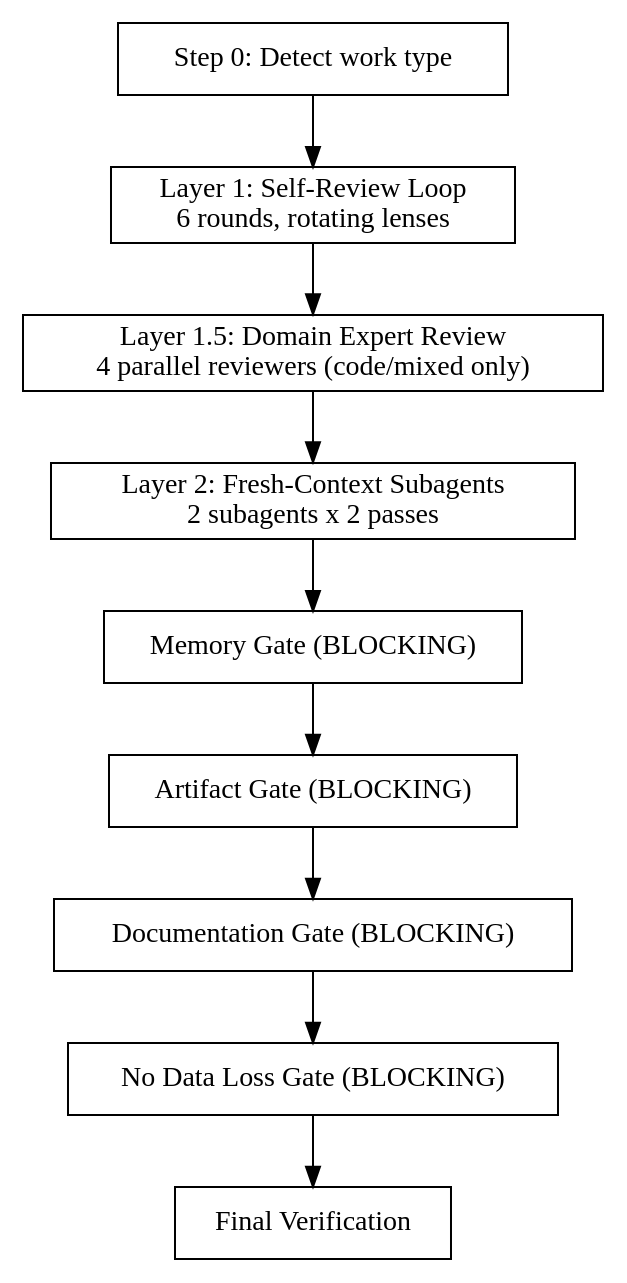
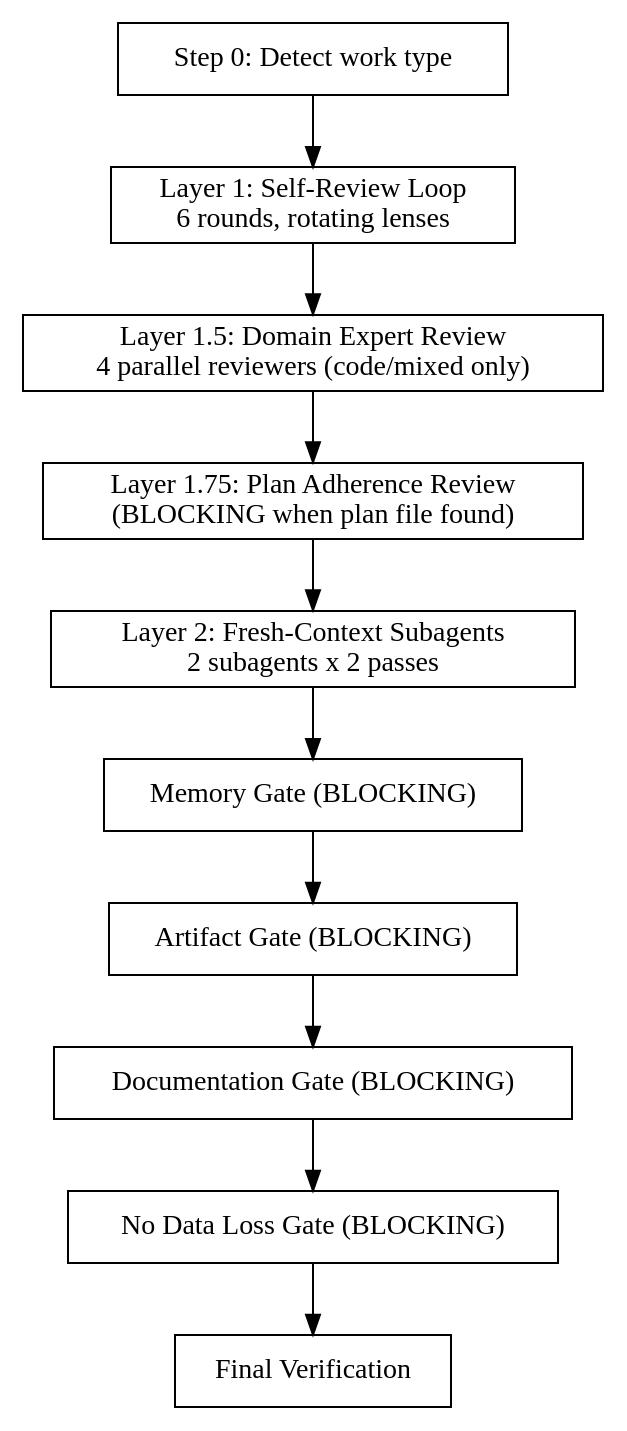
Before and after one commit to wgordon17/personal-claude-marketplace: the diagram in code-quality/skills/quality-gate/SKILL.md, drawn with Graphviz. The commit also changed other lines of this file and 20 other files, not shown here.

First line of the commit message:
feat(code-quality): adds plan-adherence and memory detection (#89)

````diff
--- a/code-quality/skills/quality-gate/SKILL.md
+++ b/code-quality/skills/quality-gate/SKILL.md
@@ -33,16 +33,17 @@
 ```dot
 digraph quality_gate {
   rankdir=TB;
   node [shape=box];
   detect [label="Step 0: Detect work type"];
   layer1 [label="Layer 1: Self-Review Loop\n6 rounds, rotating lenses"];
   layer1_5 [label="Layer 1.5: Domain Expert Review\n4 parallel reviewers (code/mixed only)"];
+  layer1_75 [label="Layer 1.75: Plan Adherence Review\n(BLOCKING when plan file found)"];
   layer2 [label="Layer 2: Fresh-Context Subagents\n2 subagents x 2 passes"];
   memory [label="Memory Gate (BLOCKING)"];
   artifact [label="Artifact Gate (BLOCKING)"];
   docs [label="Documentation Gate (BLOCKING)"];
   nodataloss [label="No Data Loss Gate (BLOCKING)"];
   final [label="Final Verification"];
-  detect -> layer1 -> layer1_5 -> layer2 -> memory -> artifact -> docs -> nodataloss -> final;
+  detect -> layer1 -> layer1_5 -> layer1_75 -> layer2 -> memory -> artifact -> docs -> nodataloss -> final;
 }
 ```
````
